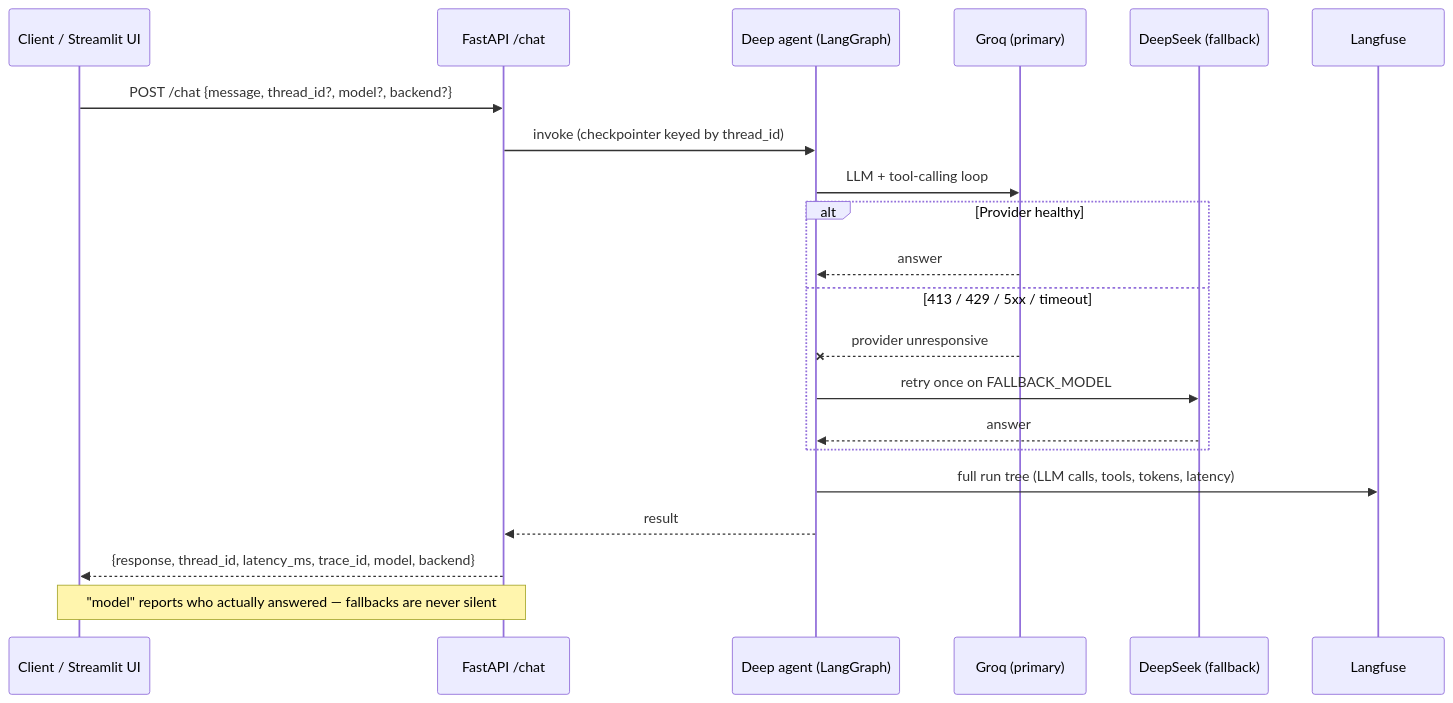
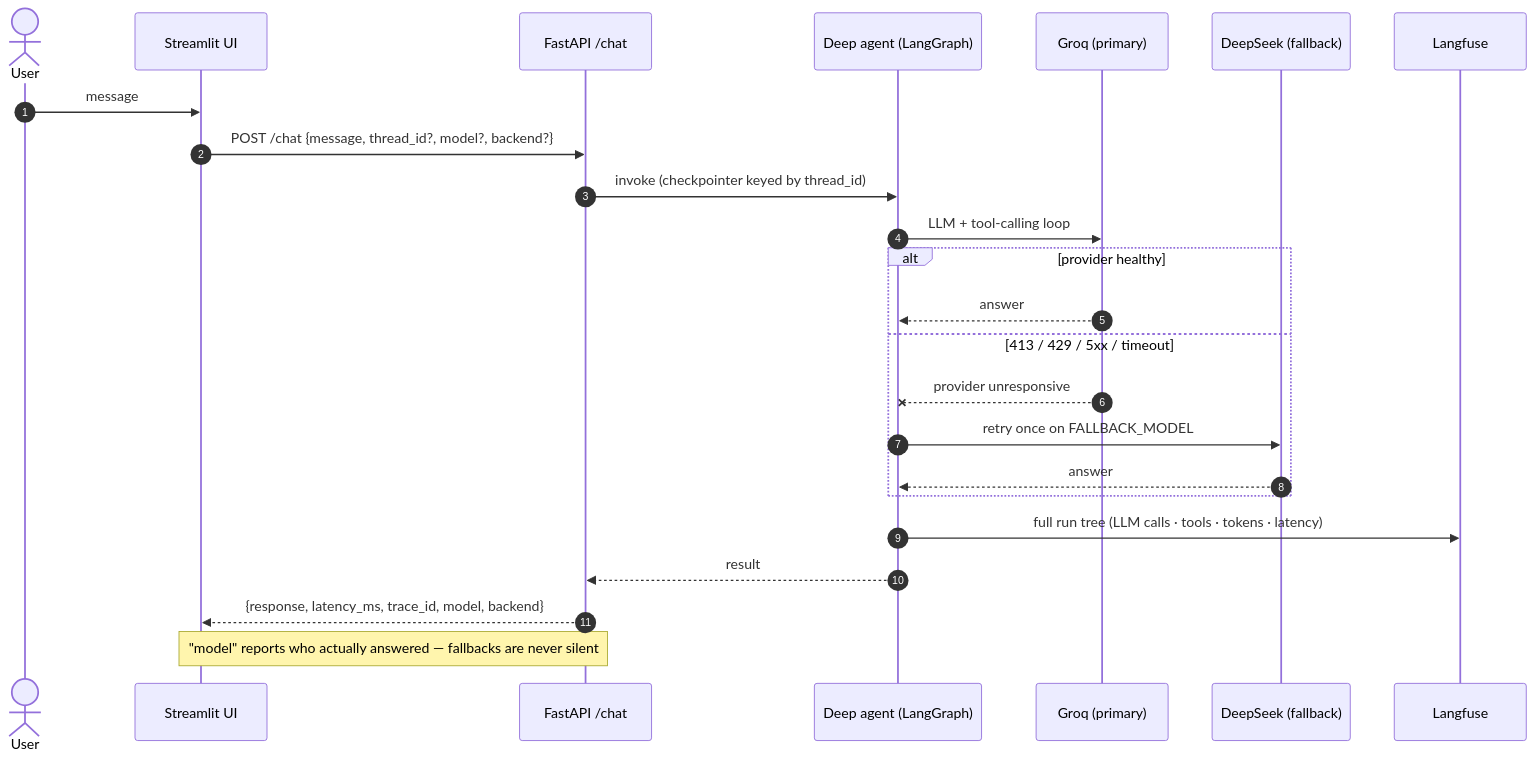
One commit to Amith-Ganta/llmops-deep-agent changed the second of 3 diagrams in README.md. Above: the diagram before and after it, drawn with Mermaid. The commit also changed other lines of this file, not shown here.

First line of the commit message:
docs: recruiter-grade README — competency map, production metrics, colored diagrams

````diff
--- a/README.md
+++ b/README.md
@@ -105,24 +112,27 @@
 ```mermaid
 sequenceDiagram
-    participant C as Client / Streamlit UI
-    participant F as FastAPI /chat
-    participant A as Deep agent (LangGraph)
-    participant G as Groq (primary)
-    participant D as DeepSeek (fallback)
-    participant L as Langfuse
+    autonumber
+    actor User
+    participant UI as Streamlit UI
+    participant API as FastAPI /chat
+    participant Agent as Deep agent (LangGraph)
+    participant Groq as Groq (primary)
+    participant DS as DeepSeek (fallback)
+    participant LF as Langfuse
 
-    C->>F: POST /chat {message, thread_id?, model?, backend?}
-    F->>A: invoke (checkpointer keyed by thread_id)
-    A->>G: LLM + tool-calling loop
-    alt Provider healthy
-        G-->>A: answer
+    User->>UI: message
+    UI->>API: POST /chat {message, thread_id?, model?, backend?}
+    API->>Agent: invoke (checkpointer keyed by thread_id)
+    Agent->>Groq: LLM + tool-calling loop
+    alt provider healthy
+        Groq-->>Agent: answer
     else 413 / 429 / 5xx / timeout
-        G--xA: provider unresponsive
-        A->>D: retry once on FALLBACK_MODEL
-        D-->>A: answer
+        Groq--xAgent: provider unresponsive
+        Agent->>DS: retry once on FALLBACK_MODEL
+        DS-->>Agent: answer
     end
-    A->>L: full run tree (LLM calls, tools, tokens, latency)
-    A-->>F: result
-    F-->>C: {response, thread_id, latency_ms, trace_id, model, backend}
-    Note over C,F: "model" reports who actually answered — fallbacks are never silent
+    Agent->>LF: full run tree (LLM calls · tools · tokens · latency)
+    Agent-->>API: result
+    API-->>UI: {response, latency_ms, trace_id, model, backend}
+    Note over UI,API: "model" reports who actually answered — fallbacks are never silent
 ```
````
